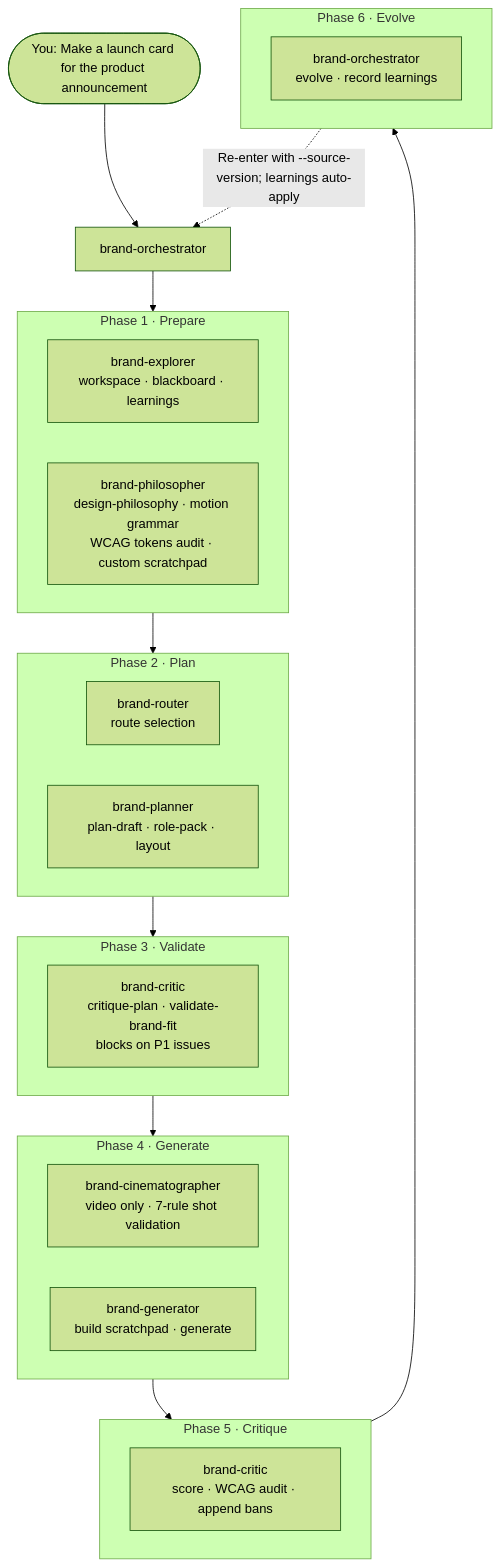
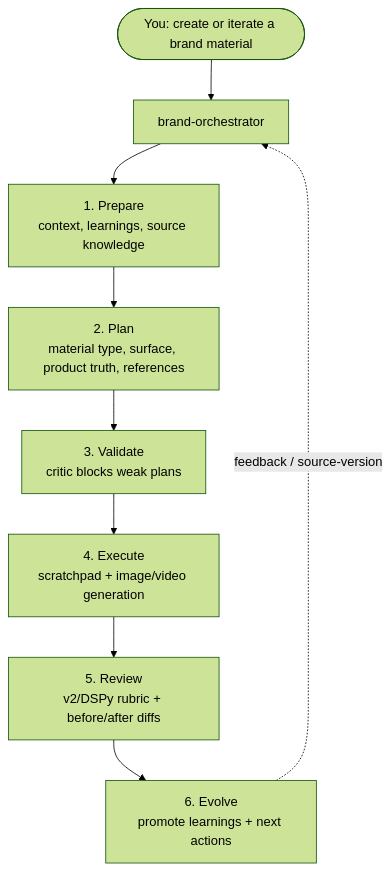
One commit to velinussage/brand-gen changed the diagram in README.md. Above: the diagram before and after it, drawn with Mermaid (forest theme). The commit also changed other lines of this file and 66 other files, not shown here.

Commit message:
Refine brand-gen typed pipeline and prompt packs

````diff
--- a/README.md
+++ b/README.md
@@ -24,35 +46,11 @@
 ```mermaid
 flowchart TD
-    User([You: Make a launch card for the product announcement])
-    User --> Orch[brand-orchestrator]
-
-    subgraph Prepare["Phase 1 · Prepare"]
-      Exp[brand-explorer<br/>workspace · blackboard · learnings]
-      Phi[brand-philosopher<br/>design-philosophy · motion grammar<br/>WCAG tokens audit · custom scratchpad]
-    end
-
-    subgraph Plan["Phase 2 · Plan"]
-      Rou[brand-router<br/>route selection]
-      Pla[brand-planner<br/>plan-draft · role-pack · layout]
-    end
-
-    subgraph Validate["Phase 3 · Validate"]
-      Cr1[brand-critic<br/>critique-plan · validate-brand-fit<br/>blocks on P1 issues]
-    end
-
-    subgraph Generate["Phase 4 · Generate"]
-      Cin[brand-cinematographer<br/>video only · 7-rule shot validation]
-      Gen[brand-generator<br/>build scratchpad · generate]
-    end
-
-    subgraph Critique["Phase 5 · Critique"]
-      Cr2[brand-critic<br/>score · WCAG audit · append bans]
-    end
-
-    subgraph Evolve["Phase 6 · Evolve"]
-      Ev[brand-orchestrator<br/>evolve · record learnings]
-    end
-
-    Orch --> Prepare --> Plan --> Validate --> Generate --> Critique --> Evolve
-    Evolve -.->|"Re-enter with --source-version; learnings auto-apply"| Orch
+    User([You: create or iterate a brand material]) --> Orch[brand-orchestrator]
+    Orch --> Prep[1. Prepare<br/>context, learnings, source knowledge]
+    Prep --> Plan[2. Plan<br/>material type, surface, product truth, references]
+    Plan --> Validate[3. Validate<br/>critic blocks weak plans]
+    Validate --> Execute[4. Execute<br/>scratchpad + image/video generation]
+    Execute --> Review[5. Review<br/>v2/DSPy rubric + before/after diffs]
+    Review --> Evolve[6. Evolve<br/>promote learnings + next actions]
+    Evolve -. feedback / source-version .-> Orch
 ```
````
